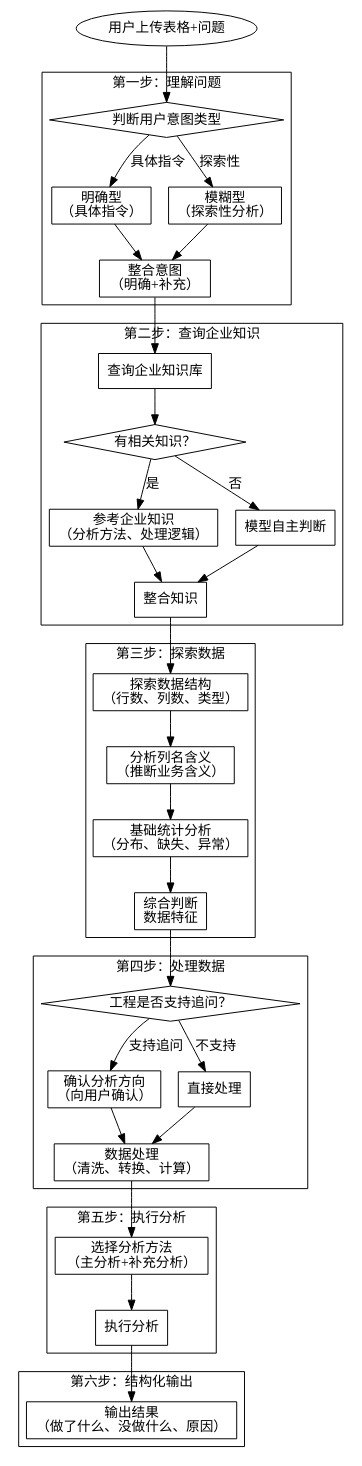
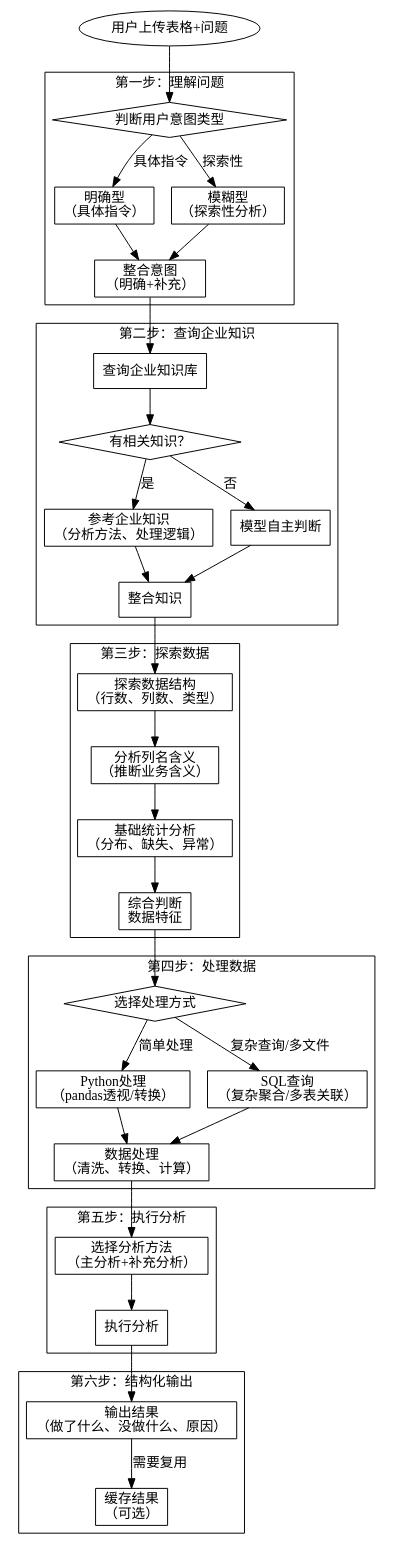
One commit to damonlinyz/skill_mp changed the diagram in table-data-analysis-SKILL.md. Above: the diagram before and after it, drawn with Graphviz. The commit also changed other lines of this file, not shown here.

First line of the commit message:
Update table-data-analysis skill to v0.0.4

````diff
--- a/table-data-analysis-SKILL.md
+++ b/table-data-analysis-SKILL.md
@@ -24,79 +25,81 @@
 ```dot
 digraph table_analysis_flow {
     rankdir=TB;
 
     start [label="用户上传表格+问题" shape=ellipse];
 
     subgraph cluster_0 {
         label="第一步：理解问题";
         check_intent [label="判断用户意图类型" shape=diamond];
         explicit [label="明确型\n（具体指令）" shape=box];
         vague [label="模糊型\n（探索性分析）" shape=box];
         merge_intent [label="整合意图\n（明确+补充）" shape=box];
     }
 
     subgraph cluster_1 {
         label="第二步：查询企业知识";
         check_knowledge [label="查询企业知识库" shape=box];
         has_knowledge [label="有相关知识？" shape=diamond];
         use_knowledge [label="参考企业知识\n（分析方法、处理逻辑）" shape=box];
         no_knowledge [label="模型自主判断" shape=box];
         merge_knowledge [label="整合知识" shape=box];
     }
 
     subgraph cluster_2 {
         label="第三步：探索数据";
         explore_structure [label="探索数据结构\n（行数、列数、类型）" shape=box];
         explore_columns [label="分析列名含义\n（推断业务含义）" shape=box];
         explore_stats [label="基础统计分析\n（分布、缺失、异常）" shape=box];
         merge_explore [label="综合判断\n数据特征" shape=box];
     }
 
     subgraph cluster_3 {
         label="第四步：处理数据";
-        check_confirm [label="工程是否支持追问？" shape=diamond];
-        confirm [label="确认分析方向\n（向用户确认）" shape=box];
-        direct_process [label="直接处理" shape=box];
+        check_method [label="选择处理方式" shape=diamond];
+        python_method [label="Python处理\n（pandas透视/转换）" shape=box];
+        sql_method [label="SQL查询\n（复杂聚合/多表关联）" shape=box];
         process_data [label="数据处理\n（清洗、转换、计算）" shape=box];
     }
 
     subgraph cluster_4 {
         label="第五步：执行分析";
         select_methods [label="选择分析方法\n（主分析+补充分析）" shape=box];
         execute [label="执行分析" shape=box];
     }
 
     subgraph cluster_5 {
         label="第六步：结构化输出";
         output [label="输出结果\n（做了什么、没做什么、原因）" shape=box];
+        cache [label="缓存结果\n（可选）" shape=box];
     }
 
     start -> check_intent;
     check_intent -> explicit [label="具体指令"];
     check_intent -> vague [label="探索性"];
     explicit -> merge_intent;
     vague -> merge_intent;
 
     merge_intent -> check_knowledge;
     check_knowledge -> has_knowledge;
     has_knowledge -> use_knowledge [label="是"];
     has_knowledge -> no_knowledge [label="否"];
     use_knowledge -> merge_knowledge;
     no_knowledge -> merge_knowledge;
 
     merge_knowledge -> explore_structure;
     explore_structure -> explore_columns;
     explore_columns -> explore_stats;
     explore_stats -> merge_explore;
 
-    merge_explore -> check_confirm;
-    check_confirm -> confirm [label="支持追问"];
-    check_confirm -> direct_process [label="不支持"];
-    confirm -> process_data;
-    direct_process -> process_data;
+    merge_explore -> check_method;
+    check_method -> python_method [label="简单处理"];
+    check_method -> sql_method [label="复杂查询/多文件"];
+    python_method -> process_data;
+    sql_method -> process_data;
 
     process_data -> select_methods;
     select_methods -> execute;
     execute -> output;
+    output -> cache [label="需要复用"];
 }
 ```
````
